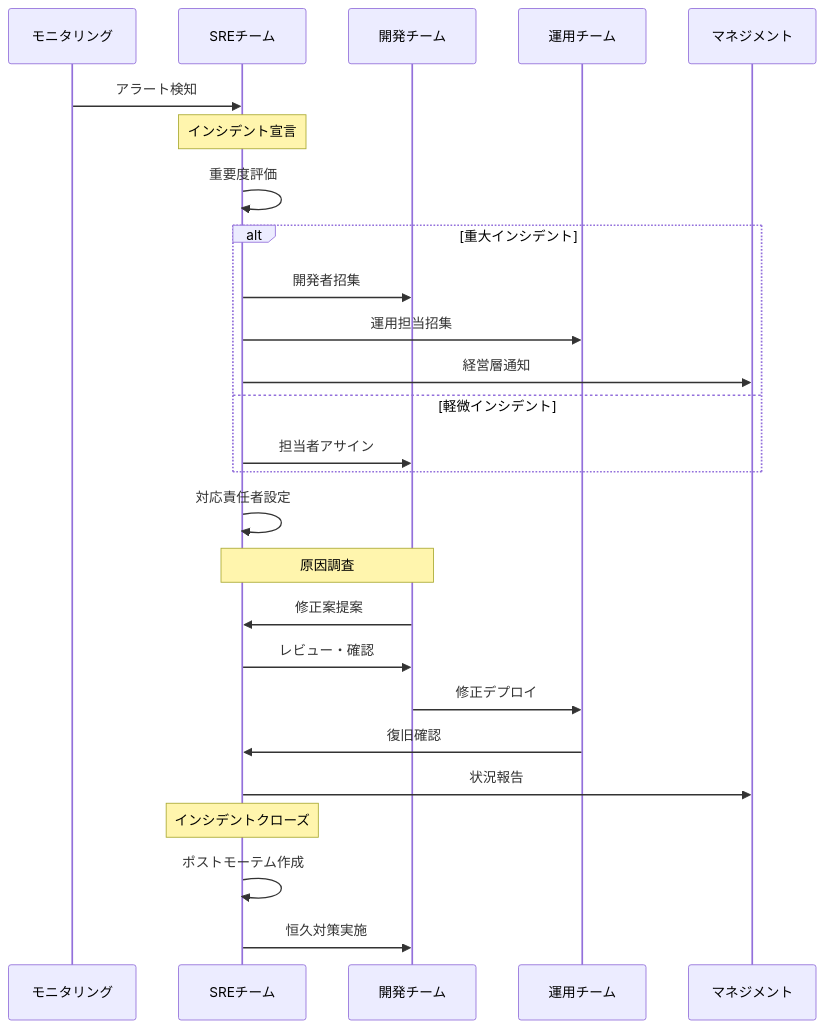
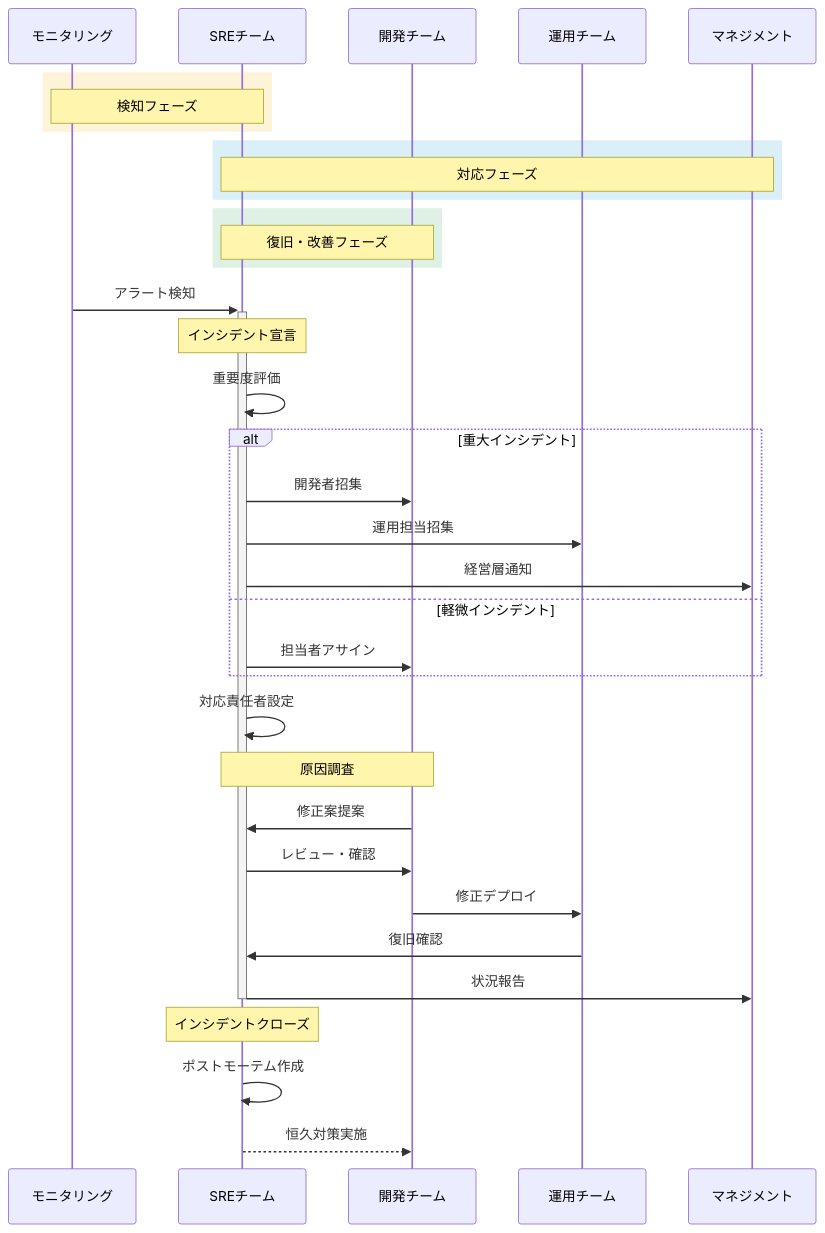
The fourth of 8 diagrams in examples/3shake-presentation-nwiizo-edition.md (t-vana4/3shake-marp-templates), drawn with Mermaid before and after one commit. The commit also changed other lines of this file, not shown here.

```diff
--- a/examples/3shake-presentation-nwiizo-edition.md
+++ b/examples/3shake-presentation-nwiizo-edition.md
@@ -632,29 +785,40 @@
-<pre class="mermaid mermaid-auto-xs">
+<pre class="mermaid mermaid-auto-md">
 sequenceDiagram
     participant M as モニタリング
     participant SRE as SREチーム
     participant Dev as 開発チーム
     participant Ops as 運用チーム
     participant Mgmt as マネジメント
 
-    M->>SRE: アラート検知
+    %% スタイル設定
+    rect rgb(240, 196, 60, 0.2)
+    Note over M,SRE: 検知フェーズ
+    end
+    rect rgb(74, 173, 221, 0.2)
+    Note over SRE,Mgmt: 対応フェーズ
+    end
+    rect rgb(95, 184, 120, 0.2)
+    Note over SRE,Dev: 復旧・改善フェーズ
+    end
+
+    M->>+SRE: アラート検知
     Note over SRE: インシデント宣言
     SRE->>SRE: 重要度評価
     alt 重大インシデント
         SRE->>Dev: 開発者招集
         SRE->>Ops: 運用担当招集
         SRE->>Mgmt: 経営層通知
     else 軽微インシデント
         SRE->>Dev: 担当者アサイン
     end
     SRE->>SRE: 対応責任者設定
     Note over SRE,Dev: 原因調査
     Dev->>SRE: 修正案提案
     SRE->>Dev: レビュー・確認
     Dev->>Ops: 修正デプロイ
     Ops->>SRE: 復旧確認
-    SRE->>Mgmt: 状況報告
+    SRE->>-Mgmt: 状況報告
     Note over SRE: インシデントクローズ
     SRE->>SRE: ポストモーテム作成
-    SRE->>Dev: 恒久対策実施
+    SRE-->>Dev: 恒久対策実施
 </pre>
```
